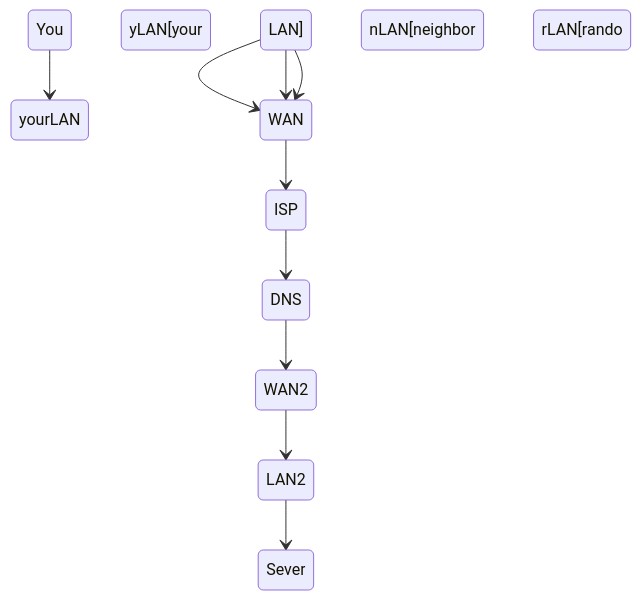
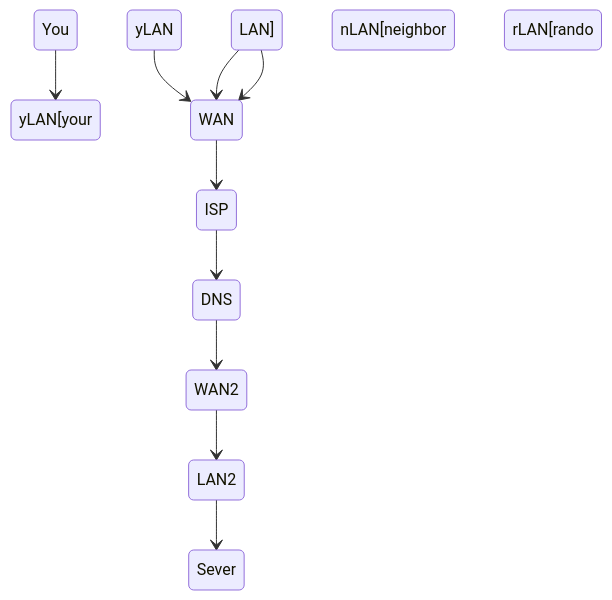
The diagram in README.md (omahane/intro-to-web-development), drawn with Mermaid before and after one commit.

````diff
--- a/README.md
+++ b/README.md
@@ -3,12 +3,12 @@
 ```mermaid
 stateDiagram-v2
-    You --> yourLAN
-    yLAN[your LAN] --> WAN
+    You --> yLAN[your LAN]
+    yLAN --> WAN
     nLAN[neighbor LAN] --> WAN
     rLAN[rando LAN] --> WAN
     WAN --> ISP
     ISP --> DNS
     DNS --> WAN2
     WAN2 --> LAN2
     LAN2 --> Sever
 ```
````
